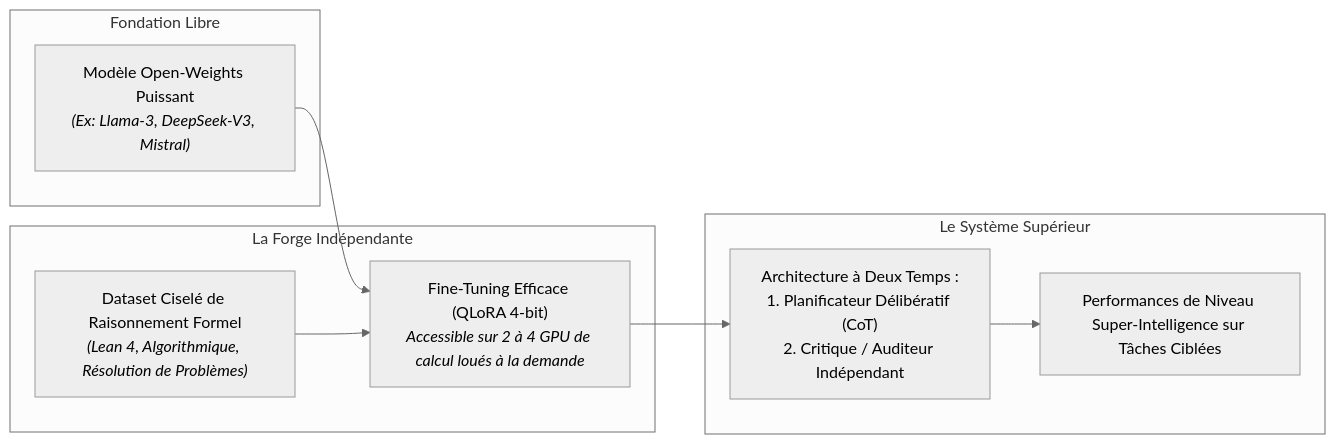
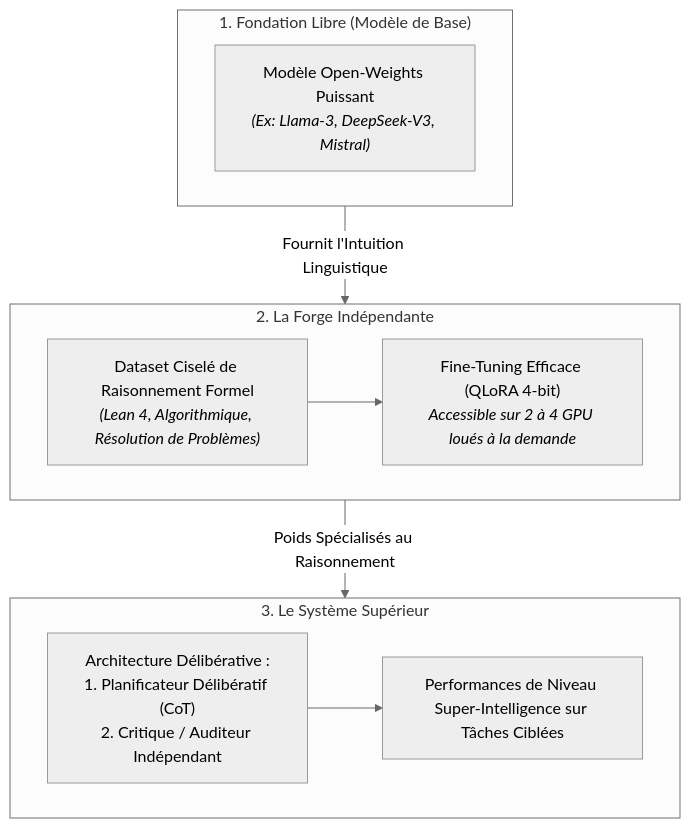
The second of 2 diagrams in 3_Base_d_Entrainement_et_Superintelligence/13_architecture_base_d_entrainement_et_superintelligence.md (MidasRX/Research), drawn with Mermaid (neutral theme) before and after one commit. The commit also changed 2 other files, not shown here.

Commit message:
fix(diagrams): restructuration verticale des schemas Mermaid pour eviter l'ecrasement et rendre le texte grand et lisible sur GitHub

````diff
--- a/3_Base_d_Entrainement_et_Superintelligence/13_architecture_base_d_entrainement_et_superintelligence.md
+++ b/3_Base_d_Entrainement_et_Superintelligence/13_architecture_base_d_entrainement_et_superintelligence.md
@@ -87,18 +87,21 @@
 ```mermaid
-flowchart LR
-    subgraph BASE["Fondation Libre"]
+flowchart TD
+    subgraph BASE["1. Fondation Libre (Modèle de Base)"]
         M["Modèle Open-Weights Puissant<br><i>(Ex: Llama-3, DeepSeek-V3, Mistral)</i>"]
     end
 
-    subgraph FORGE["La Forge Indépendante"]
+    BASE -->|"Fournit l'Intuition Linguistique"| FORGE
+
+    subgraph FORGE["2. La Forge Indépendante"]
         D["Dataset Ciselé de Raisonnement Formel<br><i>(Lean 4, Algorithmique, Résolution de Problèmes)</i>"]
-        L["Fine-Tuning Efficace (QLoRA 4-bit)<br><i>Accessible sur 2 à 4 GPU de calcul loués à la demande</i>"]
-        M --> L
+        L["Fine-Tuning Efficace (QLoRA 4-bit)<br><i>Accessible sur 2 à 4 GPU loués à la demande</i>"]
         D --> L
     end
 
-    subgraph SYSTEM["Le Système Supérieur"]
-        L --> ARCH["Architecture à Deux Temps :<br>1. Planificateur Délibératif (CoT)<br>2. Critique / Auditeur Indépendant"]
+    FORGE -->|"Poids Spécialisés au Raisonnement"| SYSTEM
+
+    subgraph SYSTEM["3. Le Système Supérieur"]
+        ARCH["Architecture Délibérative :<br>1. Planificateur Délibératif (CoT)<br>2. Critique / Auditeur Indépendant"]
         ARCH --> OUT["Performances de Niveau Super-Intelligence sur Tâches Ciblées"]
     end
 ```
````
